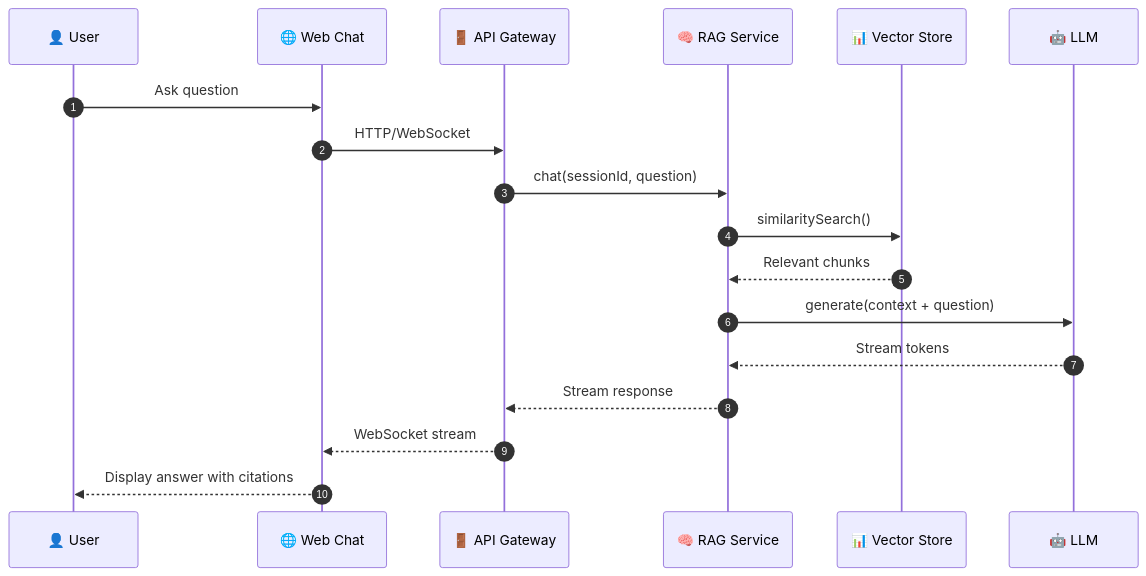
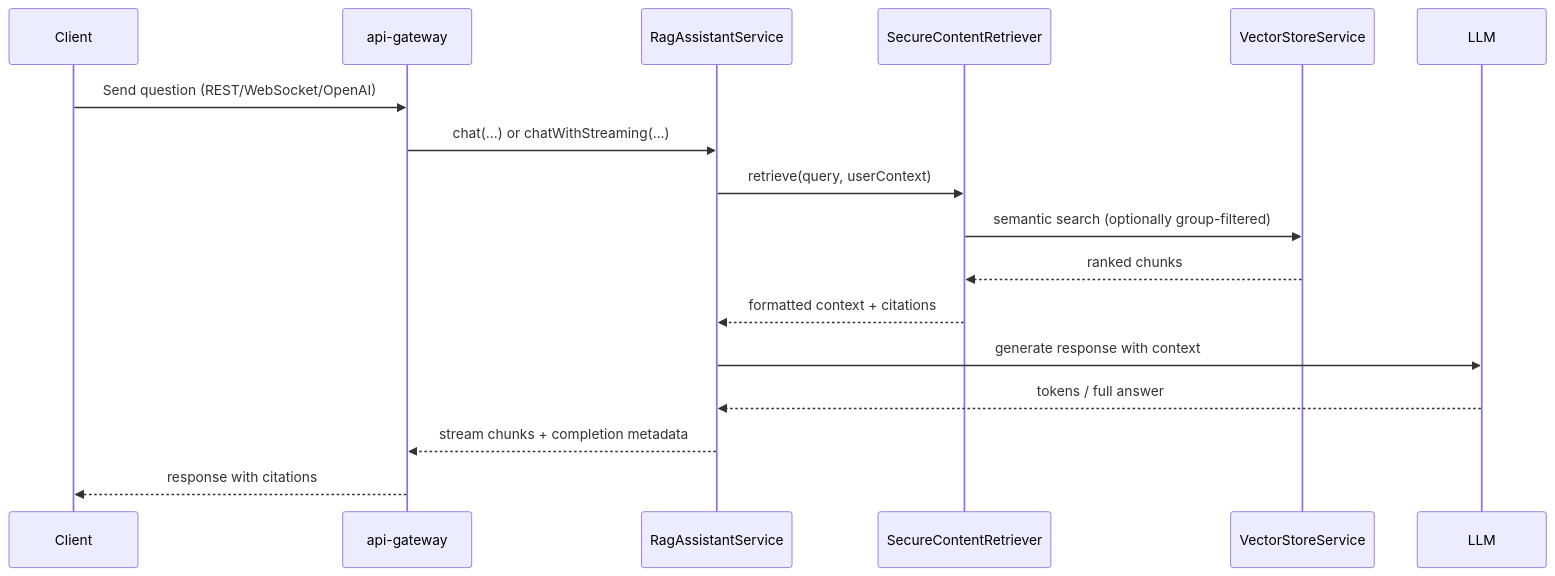
One commit to OmarEhab007/bmc-remedy-rag-agent changed the third of 5 diagrams in README.md. Above: the diagram before and after it, drawn with Mermaid. The commit also changed other lines of this file, not shown here.

Commit message:
docs: rewrite README with code-validated architecture and flows

````diff
--- a/README.md
+++ b/README.md
@@ -180,21 +121,20 @@
 ```mermaid
 sequenceDiagram
-    autonumber
-    participant U as 👤 User
-    participant W as 🌐 Web Chat
-    participant A as 🚪 API Gateway
-    participant R as 🧠 RAG Service
-    participant V as 📊 Vector Store
-    participant L as 🤖 LLM
+    participant C as Client
+    participant G as api-gateway
+    participant R as RagAssistantService
+    participant S as SecureContentRetriever
+    participant V as VectorStoreService
+    participant L as LLM
 
-    U->>W: Ask question
-    W->>A: HTTP/WebSocket
-    A->>R: chat(sessionId, question)
-    R->>V: similaritySearch()
-    V-->>R: Relevant chunks
-    R->>L: generate(context + question)
-    L-->>R: Stream tokens
-    R-->>A: Stream response
-    A-->>W: WebSocket stream
-    W-->>U: Display answer with citations
+    C->>G: Send question (REST/WebSocket/OpenAI)
+    G->>R: chat(...) or chatWithStreaming(...)
+    R->>S: retrieve(query, userContext)
+    S->>V: semantic search (optionally group-filtered)
+    V-->>S: ranked chunks
+    S-->>R: formatted context + citations
+    R->>L: generate response with context
+    L-->>R: tokens / full answer
+    R-->>G: stream chunks + completion metadata
+    G-->>C: response with citations
 ```
````
